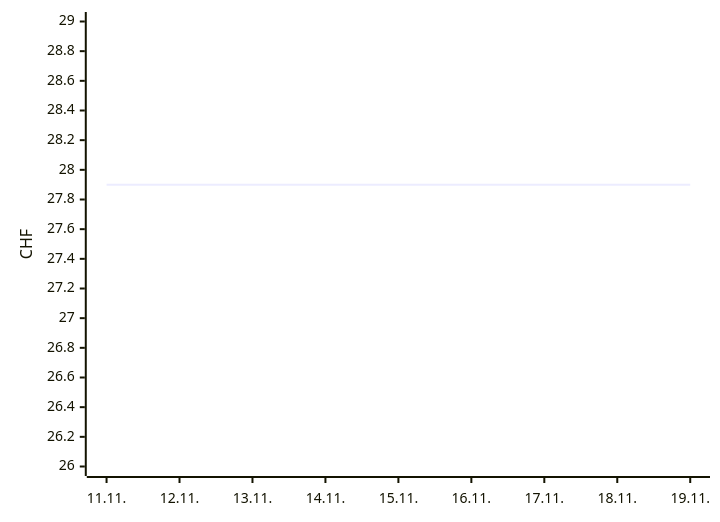
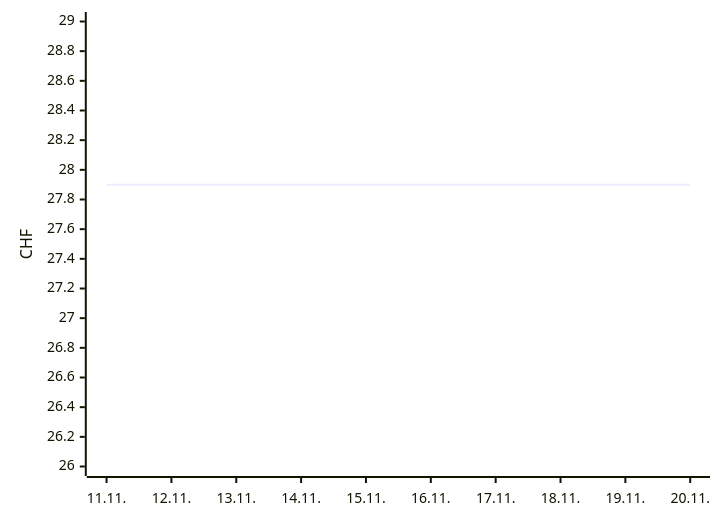
Before and after one commit to Akira2828/my-Galaxus-MCP: the first of 2 diagrams in README.md, drawn with Mermaid. The commit also changed other lines of this file and 1 other file, not shown here.

````diff
--- a/README.md
+++ b/README.md
@@ -16,6 +16,6 @@
 ```mermaid
 xychart-beta
-  x-axis ["11.11.", "12.11.", "13.11.", "14.11.", "15.11.", "16.11.", "17.11.", "18.11.", "19.11."]
+  x-axis ["11.11.", "12.11.", "13.11.", "14.11.", "15.11.", "16.11.", "17.11.", "18.11.", "19.11.", "20.11."]
   y-axis "CHF" 26 --> 29
-  line [27.9, 27.9, 27.9, 27.9, 27.9, 27.9, 27.9, 27.9, 27.9]
+  line [27.9, 27.9, 27.9, 27.9, 27.9, 27.9, 27.9, 27.9, 27.9, 27.9]
 ```
````
